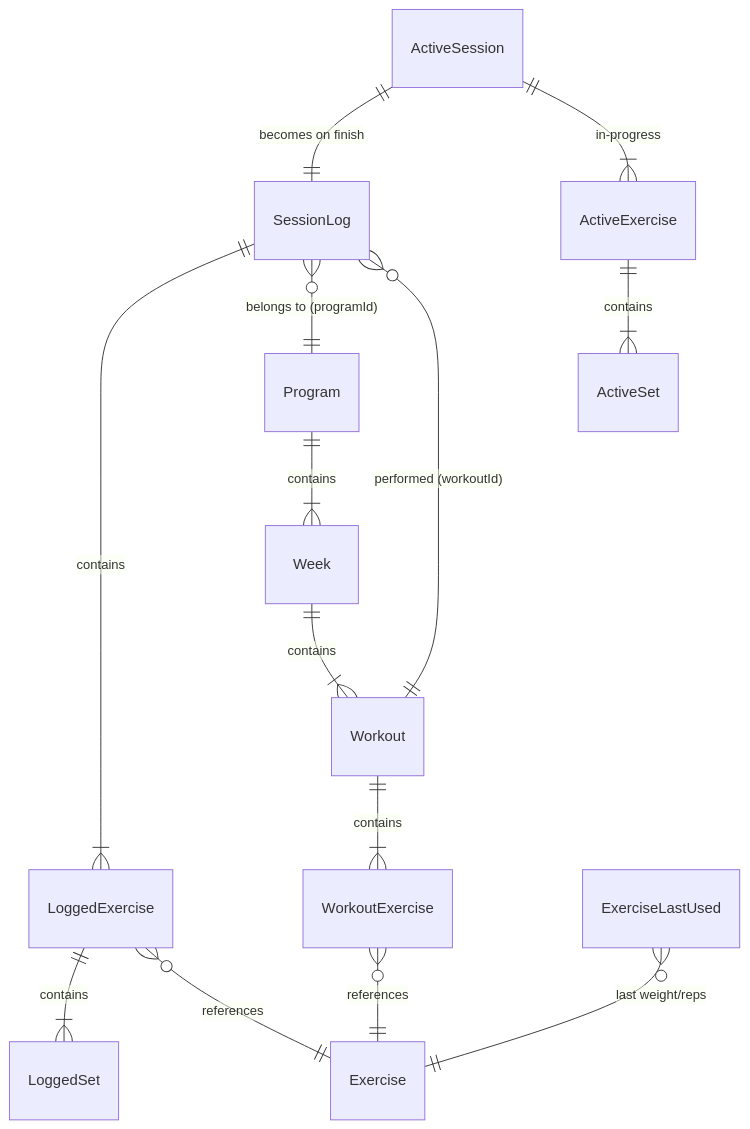
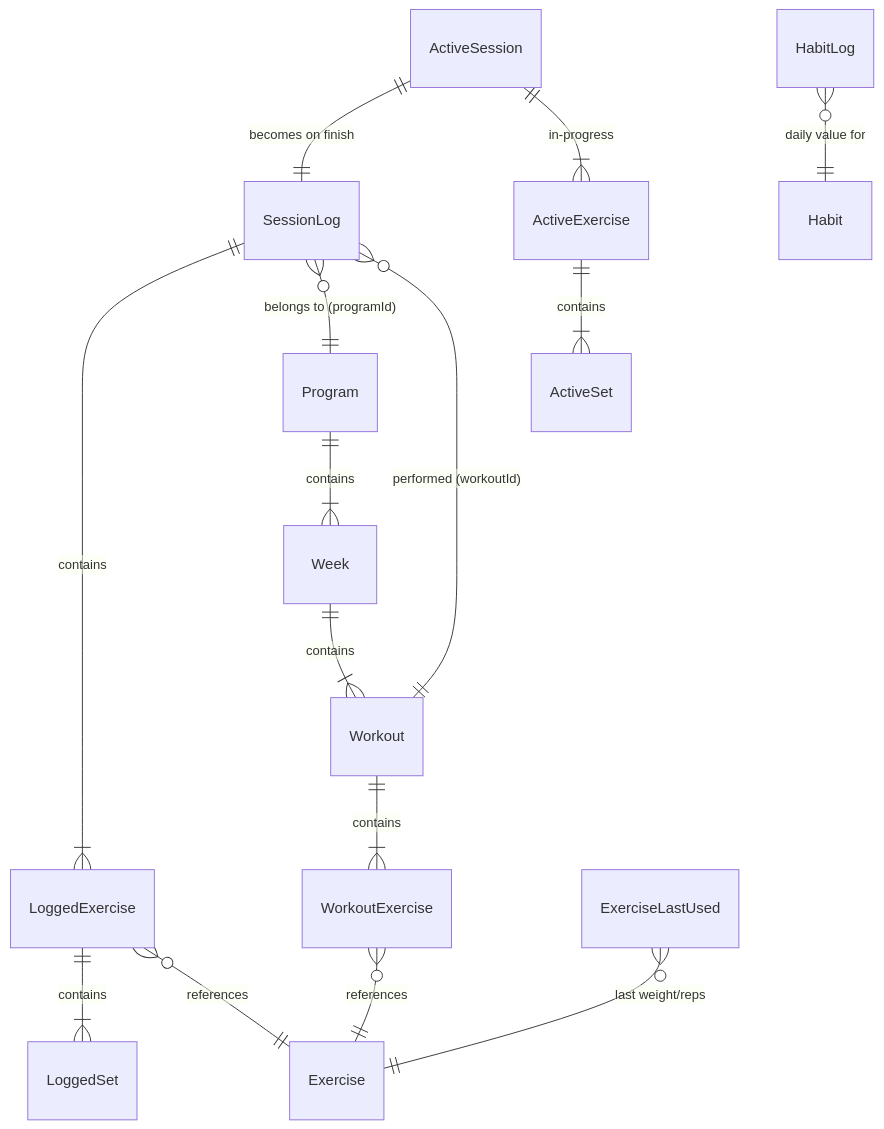
One commit to jermbo/CosmicWorkOut changed the diagram in docs/architecture/data-model.md. Above: the diagram before and after it, drawn with Mermaid. The commit also changed other lines of this file and 97 other files, not shown here.

````diff
--- a/docs/architecture/data-model.md
+++ b/docs/architecture/data-model.md
@@ -156,16 +231,17 @@
 ```mermaid
 erDiagram
     Program ||--|{ Week : contains
     Week ||--|{ Workout : contains
     Workout ||--|{ WorkoutExercise : contains
     WorkoutExercise }o--|| Exercise : references
     SessionLog }o--|| Workout : "performed (workoutId)"
     SessionLog }o--|| Program : "belongs to (programId)"
     SessionLog ||--|{ LoggedExercise : contains
     LoggedExercise }o--|| Exercise : references
     LoggedExercise ||--|{ LoggedSet : contains
     ActiveSession ||--|{ ActiveExercise : "in-progress"
     ActiveExercise ||--|{ ActiveSet : contains
     ActiveSession ||--|| SessionLog : "becomes on finish"
     ExerciseLastUsed }o--|| Exercise : "last weight/reps"
+    HabitLog }o--|| Habit : "daily value for"
 ```
````
